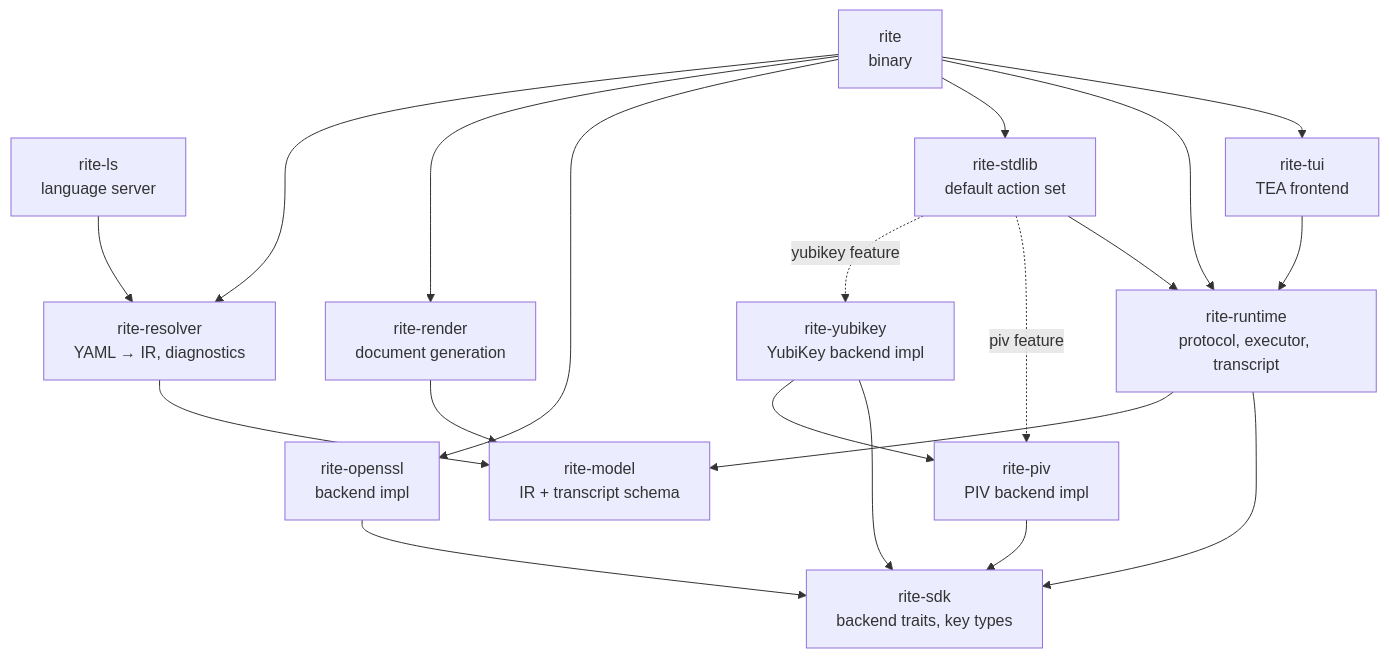
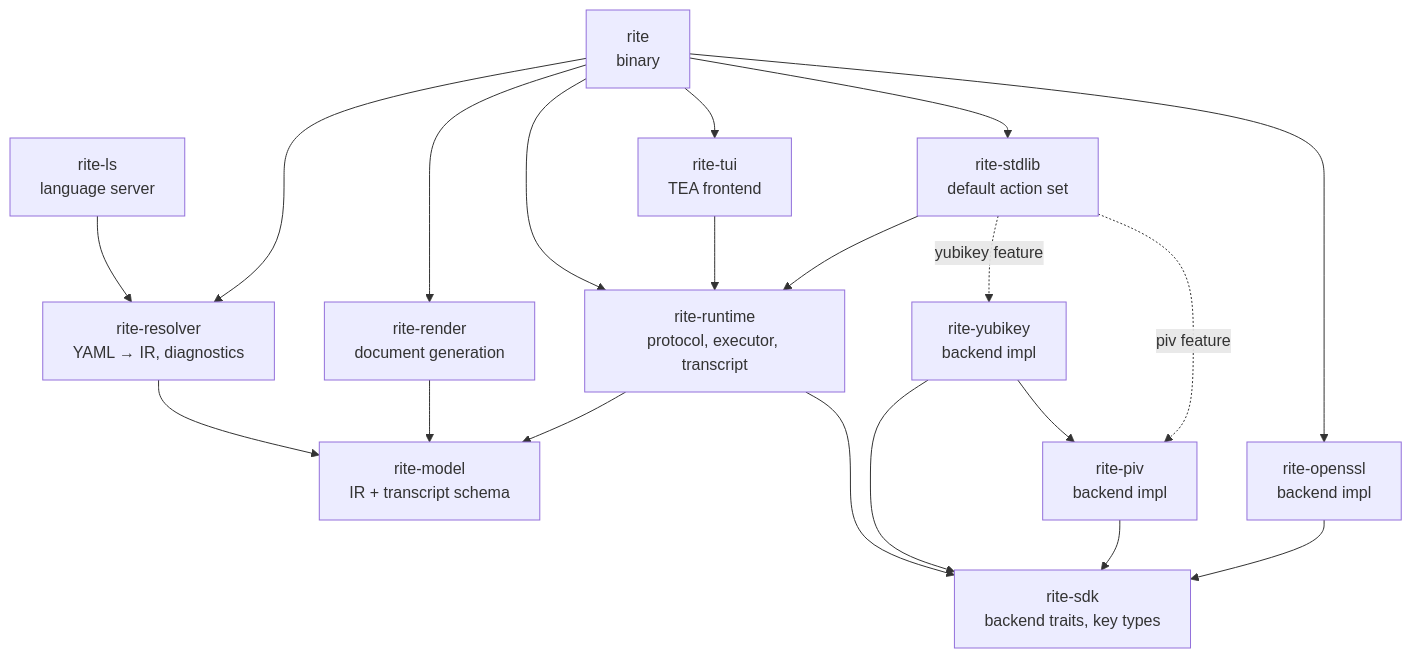
One commit to rite-ly/rite changed the diagram in docs/development/crate-layout.md. Above: the diagram before and after it, drawn with Mermaid. The commit also changed other lines of this file and 5 other files, not shown here.

````diff
--- a/docs/development/crate-layout.md
+++ b/docs/development/crate-layout.md
@@ -3,35 +3,35 @@
 ```mermaid
 flowchart TD
     cli[rite<br/>binary]
     ls[rite-ls<br/>language server]
     tui[rite-tui<br/>TEA frontend]
     stdlib[rite-stdlib<br/>default action set]
     openssl[rite-openssl<br/>backend impl]
-    piv[rite-piv<br/>PIV backend impl]
-    yubikey[rite-yubikey<br/>YubiKey backend impl]
+    piv[rite-piv<br/>backend impl]
+    yubikey[rite-yubikey<br/>backend impl]
     runtime[rite-runtime<br/>protocol, executor, transcript]
     resolver[rite-resolver<br/>YAML → IR, diagnostics]
     render[rite-render<br/>document generation]
     model[rite-model<br/>IR + transcript schema]
     sdk[rite-sdk<br/>backend traits, key types]
 
+    cli --> openssl
+    cli --> stdlib
     cli --> tui
     cli --> runtime
-    cli --> stdlib
-    cli --> openssl
     cli --> render
     cli --> resolver
     tui --> runtime
     ls --> resolver
-    stdlib --> runtime
     stdlib -.piv feature.-> piv
     stdlib -.yubikey feature.-> yubikey
+    stdlib --> runtime
     openssl --> sdk
     piv --> sdk
+    yubikey --> piv
     yubikey --> sdk
-    yubikey --> piv
     runtime --> sdk
     runtime --> model
     render --> model
     resolver --> model
 ```
````
